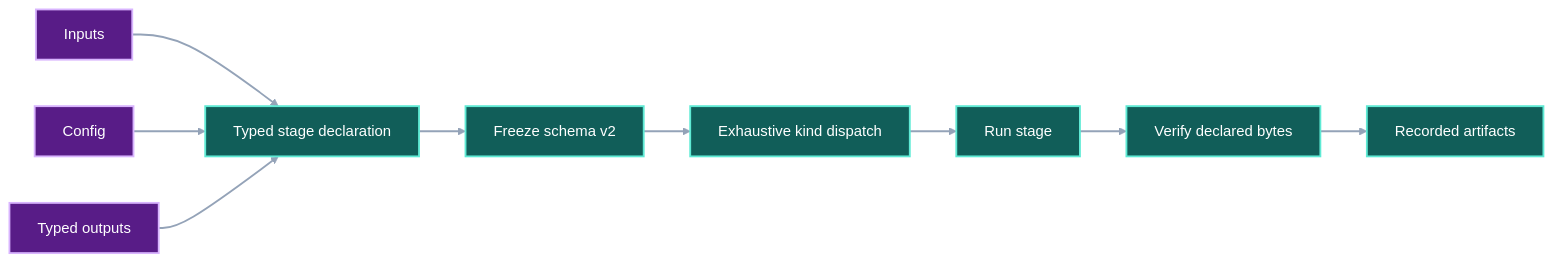
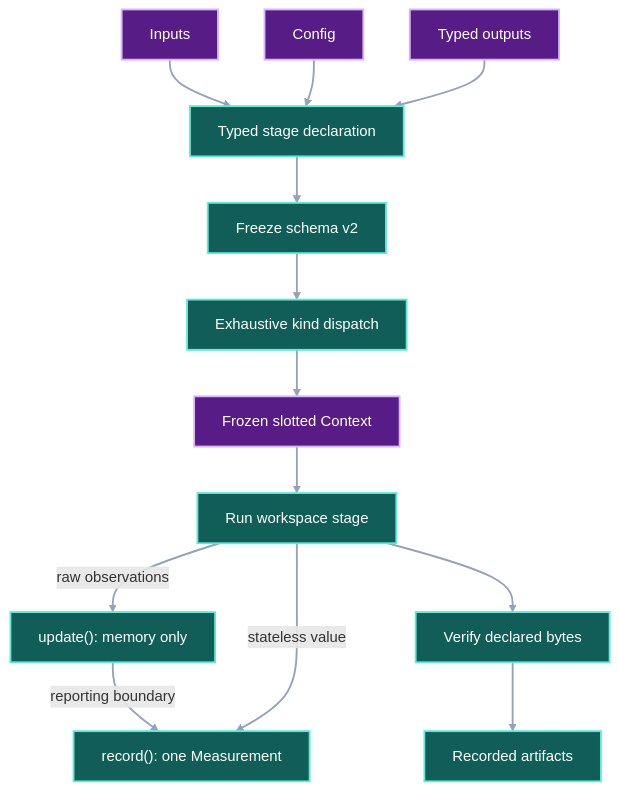
One commit to pvd232/viper changed the second of 3 diagrams in docs/development/v0.1.0a3-public-authoring-contract.md. Above: the diagram before and after it, drawn with Mermaid. The commit also changed other lines of this file and 1 other file, not shown here.

Commit message:
Add runtime validation boundary to authoring contract

````diff
--- a/docs/development/v0.1.0a3-public-authoring-contract.md
+++ b/docs/development/v0.1.0a3-public-authoring-contract.md
@@ -110,17 +148,21 @@
 ```mermaid
-flowchart LR
+flowchart TD
     Input["Inputs"] --> Stage["Typed stage declaration"]
     Config["Config"] --> Stage
     Outputs["Typed outputs"] --> Stage
     Stage --> Freeze["Freeze schema v2"]
     Freeze --> Dispatch["Exhaustive kind dispatch"]
-    Dispatch --> Run["Run stage"]
+    Dispatch --> Context["Frozen slotted Context"]
+    Context --> Run["Run workspace stage"]
+    Run -->|"raw observations"| Update["update(): memory only"]
+    Update -->|"reporting boundary"| Record["record(): one Measurement"]
+    Run -->|"stateless value"| Record
     Run --> Verify["Verify declared bytes"]
     Verify --> Artifacts["Recorded artifacts"]
 
-    class Input,Config,Outputs proposed
-    class Stage,Freeze,Dispatch,Run,Verify,Artifacts implementation
+    class Input,Config,Outputs,Context proposed
+    class Stage,Freeze,Dispatch,Run,Update,Record,Verify,Artifacts implementation
     classDef proposed fill:#581c87,stroke:#d8b4fe,color:#ffffff,stroke-width:2px
     classDef implementation fill:#115e59,stroke:#5eead4,color:#ffffff,stroke-width:2px
     linkStyle default stroke:#94a3b8,stroke-width:2px
 ```
````
